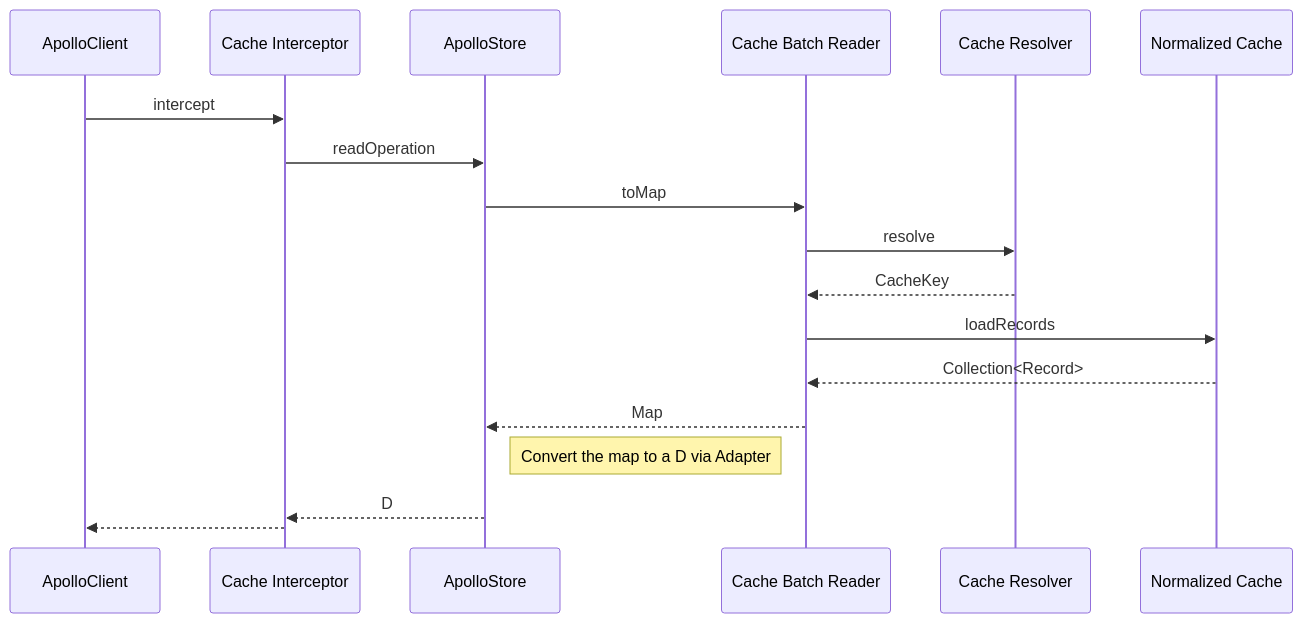
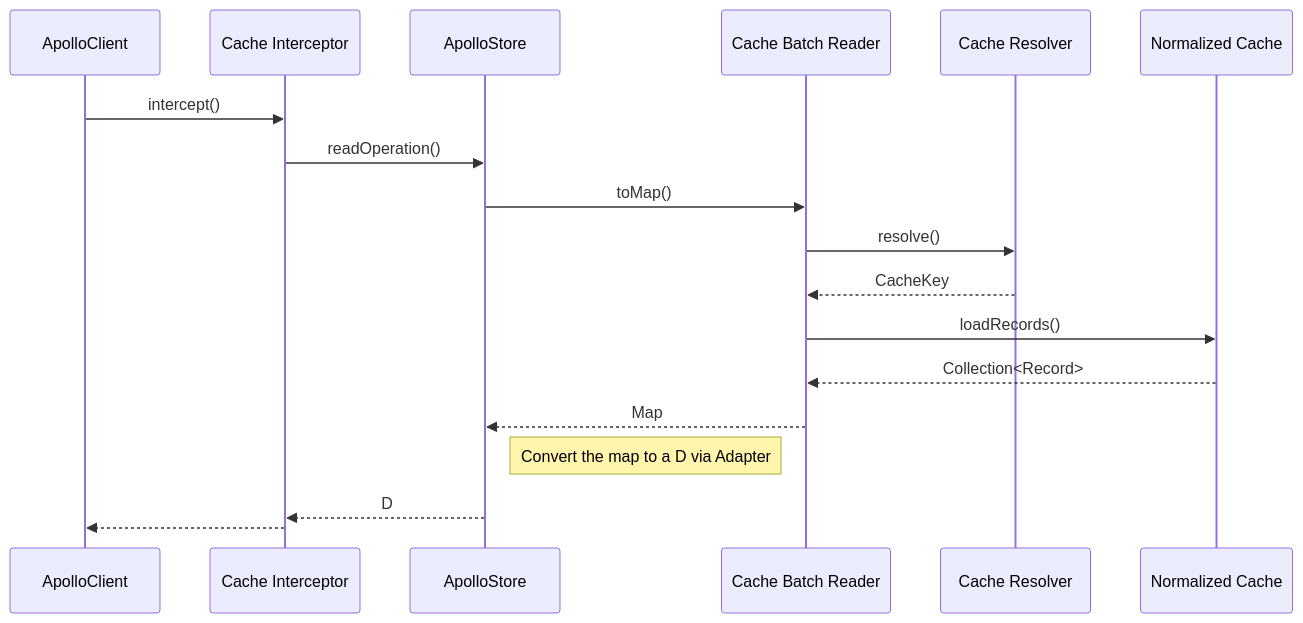
Before and after one commit to apollographql/apollo-kotlin: the first of 2 diagrams in design-docs/Normalized cache overview.md, drawn with Mermaid. The commit also changed other lines of this file, not shown here.

````diff
--- a/design-docs/Normalized cache overview.md
+++ b/design-docs/Normalized cache overview.md
@@ -9,21 +9,21 @@
 ```mermaid
 sequenceDiagram
-ApolloClient ->> Cache Interceptor: intercept
-Cache Interceptor ->> ApolloStore: readOperation
-ApolloStore ->> Cache Batch Reader: toMap
-Cache Batch Reader ->> Cache Resolver: resolve
+ApolloClient ->> Cache Interceptor: intercept()
+Cache Interceptor ->> ApolloStore: readOperation()
+ApolloStore ->> Cache Batch Reader: toMap()
+Cache Batch Reader ->> Cache Resolver: resolve()
 
 Cache Resolver -->> Cache Batch Reader: CacheKey
 
-Cache Batch Reader ->> Normalized Cache: loadRecords
+Cache Batch Reader ->> Normalized Cache: loadRecords()
 
 Normalized Cache -->> Cache Batch Reader: Collection<Record>
 
 Cache Batch Reader -->> ApolloStore: Map
 Note right of ApolloStore: Convert the map to a D via Adapter
 
 ApolloStore -->> Cache Interceptor: D
 
 Cache Interceptor -->> ApolloClient: 
 
 ```
````
